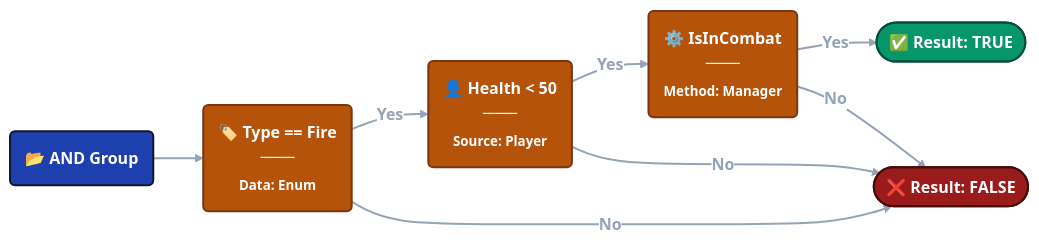
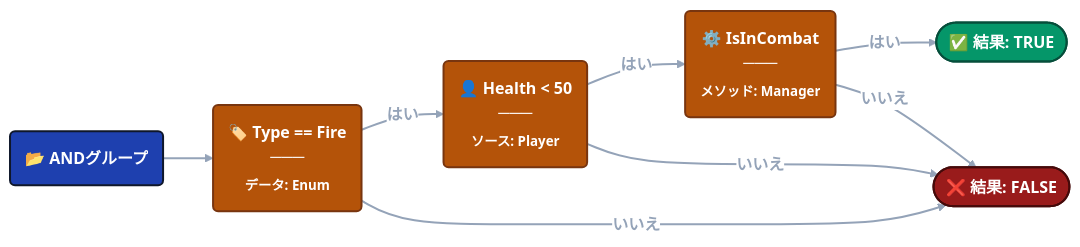
Before and after one commit to tinygiants-tech/TinyGiants: the fifth of 5 diagrams in i18n/ja/docusaurus-plugin-content-docs/current/game-event-system/visual-workflow/visual-condition-tree.md, drawn with Mermaid (neutral theme). The commit also changed other lines of this file and 81 other files, not shown here.

````diff
--- a/i18n/ja/docusaurus-plugin-content-docs/current/game-event-system/visual-workflow/visual-condition-tree.md
+++ b/i18n/ja/docusaurus-plugin-content-docs/current/game-event-system/visual-workflow/visual-condition-tree.md
@@ -847,33 +817,33 @@
 ```mermaid
 graph LR
 
-    %% 节点定义
-    ROOT(📂 AND Group):::root
+    %% ノード定義
+    ROOT(📂 ANDグループ):::root
     
-    C1("🏷️ Type == Fire<br/>───<br/><sub>Data: Enum</sub>"):::cond
-    C2("👤 Health < 50<br/>───<br/><sub>Source: Player</sub>"):::cond
-    C3("⚙️ IsInCombat<br/>───<br/><sub>Method: Manager</sub>"):::cond
+    C1("🏷️ Type == Fire<br/>───<br/><sub>データ: Enum</sub>"):::cond
+    C2("👤 Health < 50<br/>───<br/><sub>ソース: Player</sub>"):::cond
+    C3("⚙️ IsInCombat<br/>───<br/><sub>メソッド: Manager</sub>"):::cond
     
-    RES_T([✅ Result: TRUE]):::result
-    RES_F([❌ Result: FALSE]):::fail
+    RES_T([✅ 結果: TRUE]):::result
+    RES_F([❌ 結果: FALSE]):::fail
 
-    %% 逻辑连接
+    %% ロジック接続
     ROOT --> C1
     
-    C1 -- Yes --> C2
-    C2 -- Yes --> C3
-    C3 -- Yes --> RES_T
+    C1 -- はい --> C2
+    C2 -- はい --> C3
+    C3 -- はい --> RES_T
 
-    C1 -- No --> RES_F
-    C2 -- No --> RES_F
-    C3 -- No --> RES_F
+    C1 -- いいえ --> RES_F
+    C2 -- いいえ --> RES_F
+    C3 -- いいえ --> RES_F
 
-    %% 样式定义
+    %% スタイル定義
     classDef root fill:#1e40af,stroke:#0f172a,stroke-width:2px,color:#ffffff,font-weight:bold
     classDef cond fill:#b45309,stroke:#78350f,stroke-width:2px,color:#ffffff,font-weight:bold
     classDef result fill:#059669,stroke:#064e3b,stroke-width:2px,color:#ffffff,font-weight:bold
     classDef fail fill:#991b1b,stroke:#450a0a,stroke-width:2px,color:#ffffff,font-weight:bold
 
-    %% 连线样式
+    %% 接続線スタイル
     linkStyle default stroke:#94a3b8,stroke-width:2px,color:#94a3b8
 ```
````
